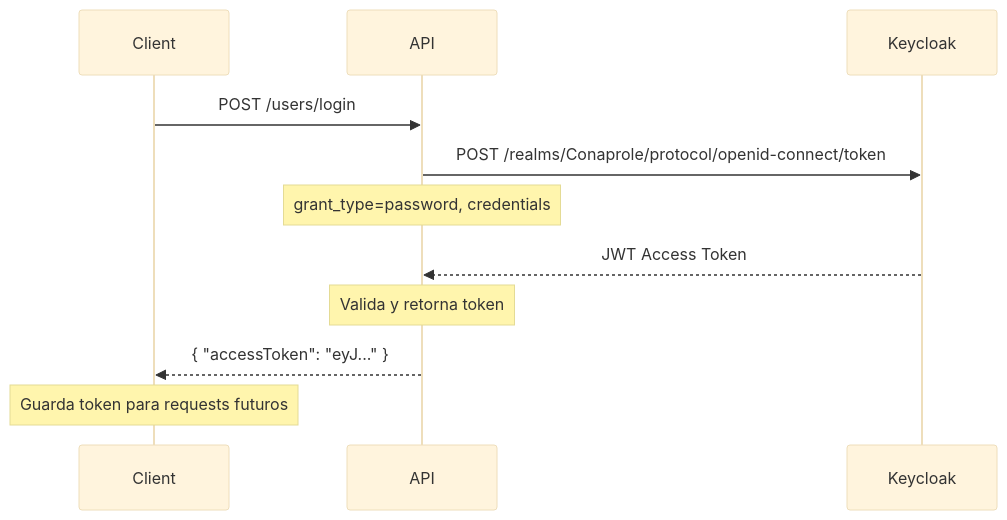
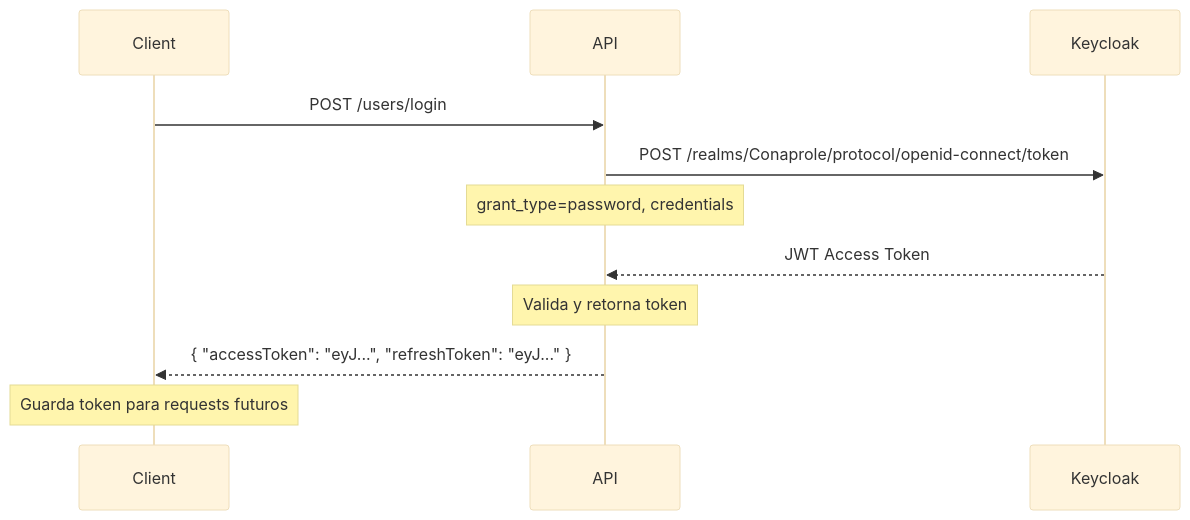
One commit to ingnlema/Conaprole changed the second of 4 diagrams in docs/security/authentication.md. Above: the diagram before and after it, drawn with Mermaid (base theme). The commit also changed other lines of this file and 2 other files, not shown here.

````diff
--- a/docs/security/authentication.md
+++ b/docs/security/authentication.md
@@ -194,18 +223,18 @@
 ```mermaid
 sequenceDiagram
     participant Client
     participant API
     participant Keycloak
 
     Client->>API: POST /users/login
     
     API->>Keycloak: POST /realms/Conaprole/protocol/openid-connect/token
     Note over API: grant_type=password, credentials
     
     Keycloak-->>API: JWT Access Token
     Note over API: Valida y retorna token
     
-    API-->>Client: { "accessToken": "eyJ..." }
+    API-->>Client: { "accessToken": "eyJ...", "refreshToken": "eyJ..." }
     
     Note over Client: Guarda token para requests futuros
 ```
````
